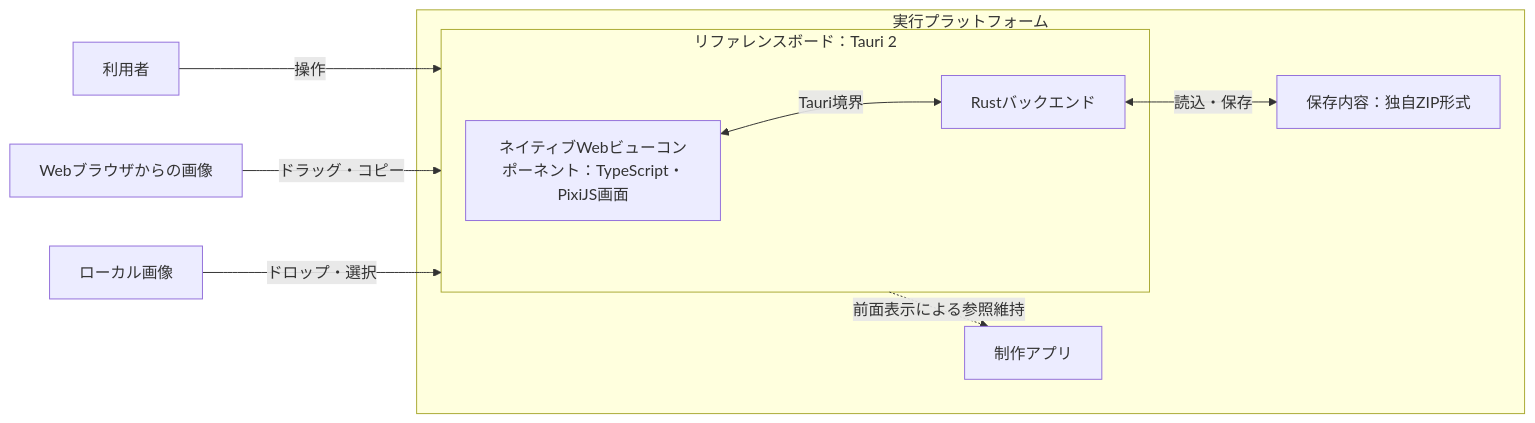
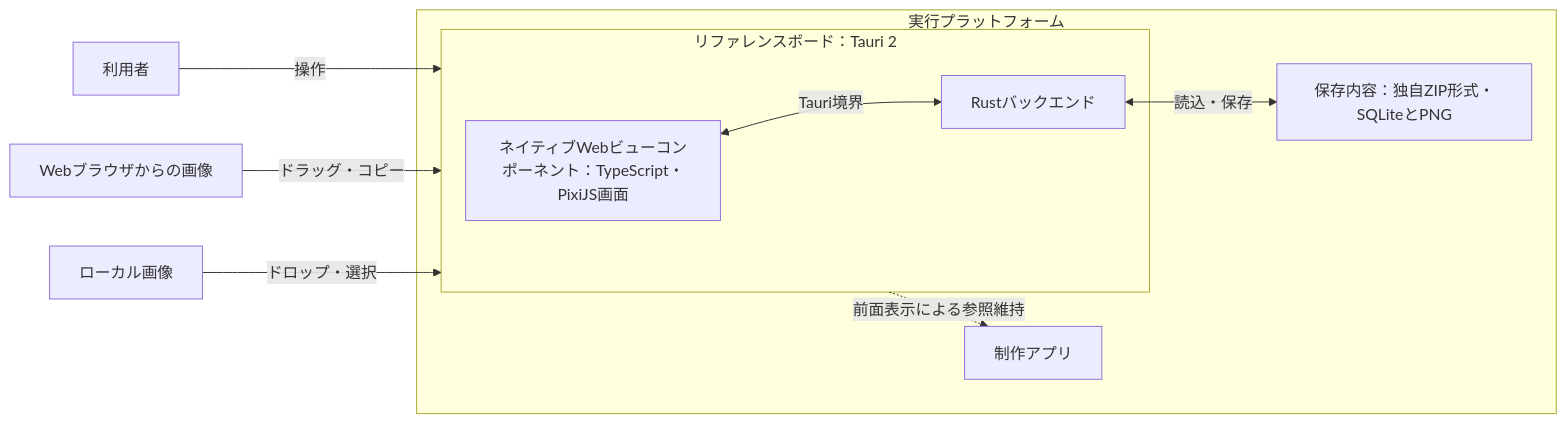
Before and after one commit to myzkkzy/reference-app: the first of 3 diagrams in docs/product-design/architecture.md, drawn with Mermaid. The commit also changed other lines of this file and 76 other files, not shown here.

````diff
--- a/docs/product-design/architecture.md
+++ b/docs/product-design/architecture.md
@@ -33,15 +38,15 @@
 ```mermaid
 flowchart LR
     person["利用者"] -->|"操作"| app
     browser["Webブラウザからの画像"] -->|"ドラッグ・コピー"| app
     files["ローカル画像"] -->|"ドロップ・選択"| app
     subgraph win["実行プラットフォーム"]
         subgraph app["リファレンスボード：Tauri 2"]
             web["ネイティブWebビューコンポーネント：TypeScript・PixiJS画面"] <-->|"Tauri境界"| rust["Rustバックエンド"]
         end
-        saved["保存内容：独自ZIP形式"]
+        saved["保存内容：独自ZIP形式・SQLiteとPNG"]
         paint["制作アプリ"]
     end
     rust <-->|"読込・保存"| saved
     app -.->|"前面表示による参照維持"| paint
 ```
````
